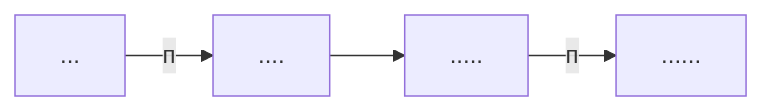
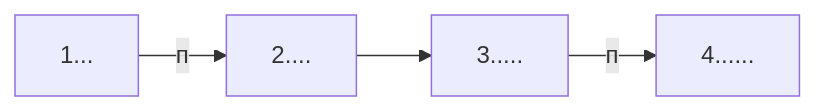
Before and after one commit to immanuwell/informatics: the seventh of 8 diagrams in README.md, drawn with Mermaid. The commit also changed other lines of this file, not shown here.

````diff
--- a/README.md
+++ b/README.md
@@ -89,6 +89,6 @@
 ```mermaid
 
 flowchart LR
-    ... --> |п| .... -->  ..... --> |п| ......
+    1... --> |п| 2.... -->  3..... --> |п| 4......
 
 ```
````
